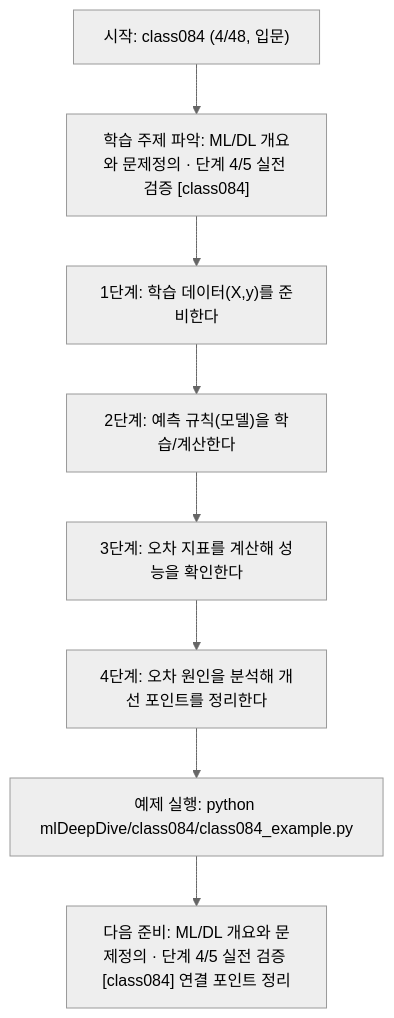
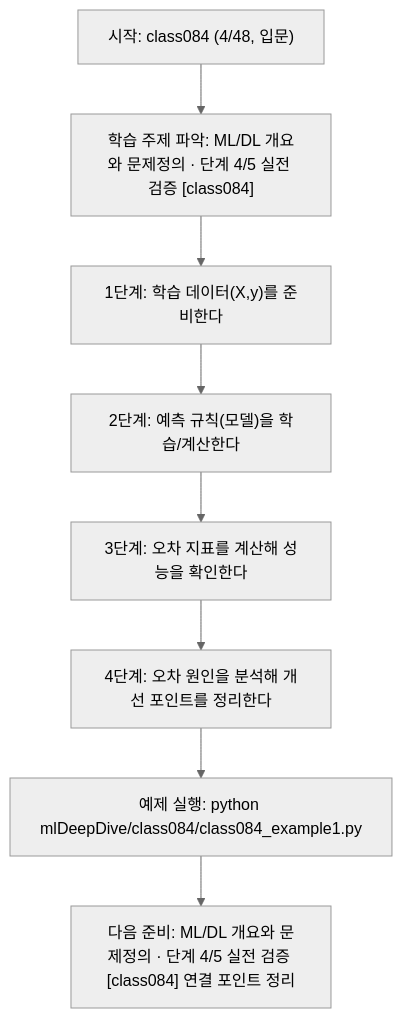
The diagram in mlDeepDive/class084/class084.md (edumgt/Python-AI_Agent-Class), drawn with Mermaid (neutral theme) before and after one commit. The commit also changed other lines of this file and 2959 other files, not shown here.

````diff
--- a/mlDeepDive/class084/class084.md
+++ b/mlDeepDive/class084/class084.md
@@ -111,18 +111,18 @@
 ```mermaid
 flowchart TD
 N1["시작: class084 (4/48, 입문)"]
 N2["학습 주제 파악: ML/DL 개요와 문제정의 · 단계 4/5 실전 검증 [class084]"]
 N3["1단계: 학습 데이터(X,y)를 준비한다"]
 N4["2단계: 예측 규칙(모델)을 학습/계산한다"]
 N5["3단계: 오차 지표를 계산해 성능을 확인한다"]
 N6["4단계: 오차 원인을 분석해 개선 포인트를 정리한다"]
-N7["예제 실행: python mlDeepDive/class084/class084_example.py"]
+N7["예제 실행: python mlDeepDive/class084/class084_example1.py"]
 N8["다음 준비: ML/DL 개요와 문제정의 · 단계 4/5 실전 검증 [class084] 연결 포인트 정리"]
 N1 --> N2
 N2 --> N3
 N3 --> N4
 N4 --> N5
 N5 --> N6
 N6 --> N7
 N7 --> N8
 ```
````
